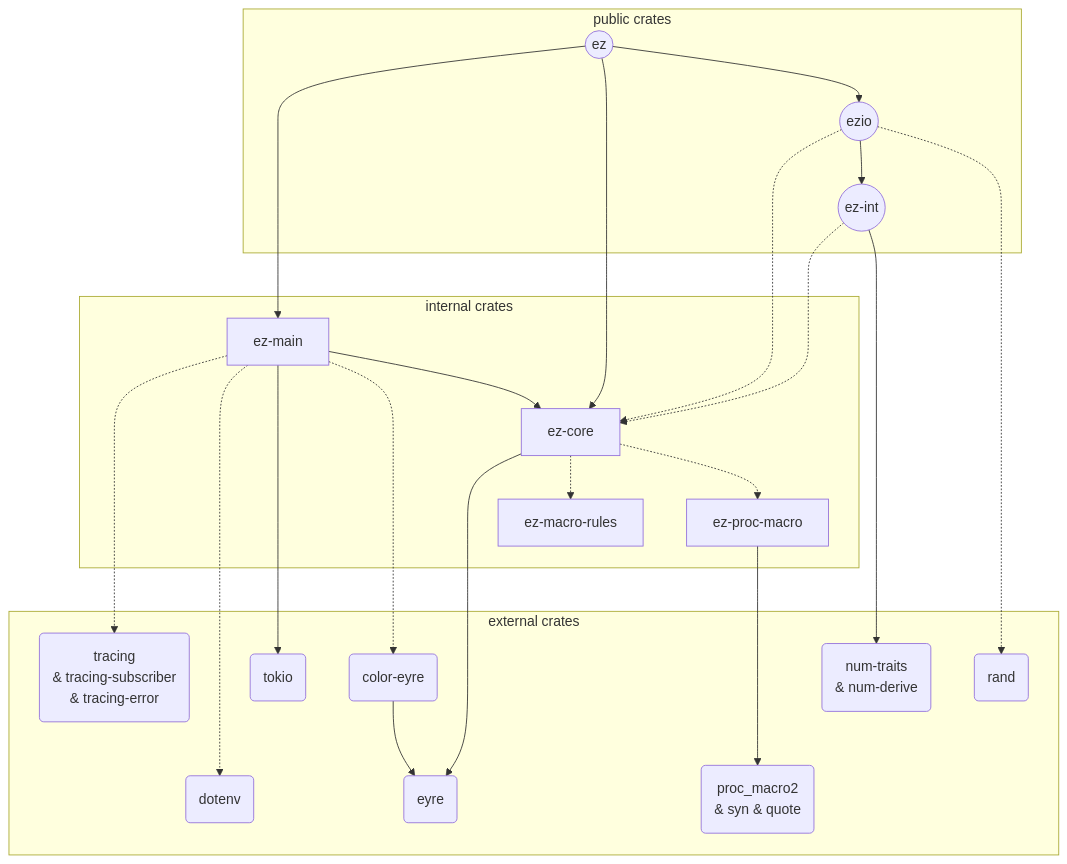
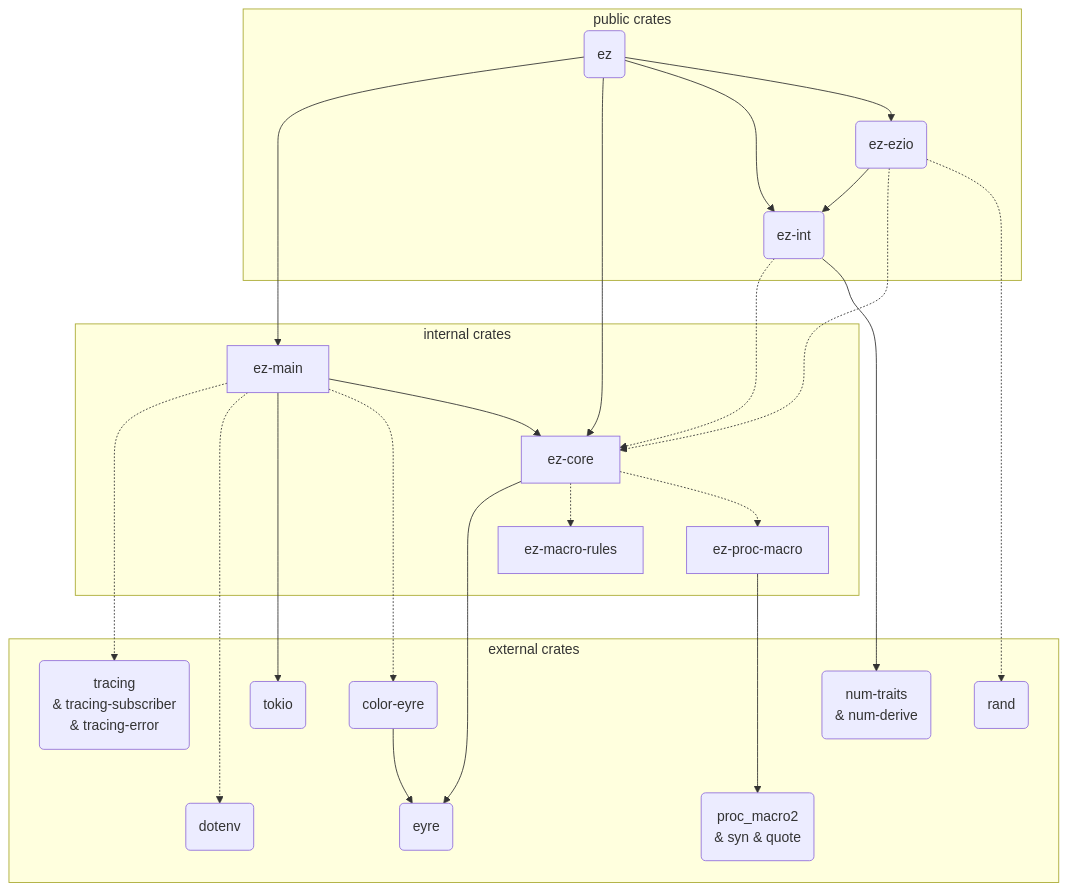
The diagram in CONTRIBUTING.md (jeremyBanks/ez), drawn with Mermaid before and after one commit.

Commit message:
r148/78e3/3b69

````diff
--- a/CONTRIBUTING.md
+++ b/CONTRIBUTING.md
@@ -5,49 +5,50 @@
 ```mermaid
 graph TD;
   subgraph public crates
-    ez((ez))
-    ez-int((ez-int))
-    ezio((ezio))
+    ez(ez)
+    ez-int(ez-int)
+    ezio(ez-ezio)
   end
 
   subgraph internal crates
     ez-main
     ez-core
     ez-macro-rules
     ez-proc-macro
   end
 
   subgraph external crates
     rand(rand)
     eyre(eyre)
     color-eyre(color-eyre)
     num-traits("num-traits<br>&amp; num-derive")
     proc_macro2("proc_macro2<br>&amp; syn &amp; quote")
     tokio(tokio)
     tracing("tracing<br>&amp; tracing-subscriber<br>&amp; tracing-error")
     dotenv(dotenv)
   end
 
   ez ----> ez-main
   ez ----> ez-core
+  ez --> ez-int
   ez --> ezio
 
   ez-int -..-> ez-core
   ez-int ----> num-traits
 
   ez-main -...-> tracing
   ez-main -....-> dotenv
   ez-main ---> tokio
   ez-main -..-> color-eyre
   ez-main --> ez-core
 
   ez-core --> eyre
   ez-core -.-> ez-macro-rules
   ez-core -.-> ez-proc-macro
 
   color-eyre --> eyre
   ez-proc-macro ---> proc_macro2
+  ezio --> ez-int
   ezio -..-> ez-core
-  ezio --> ez-int
   ezio -..-> rand
 ```
````
